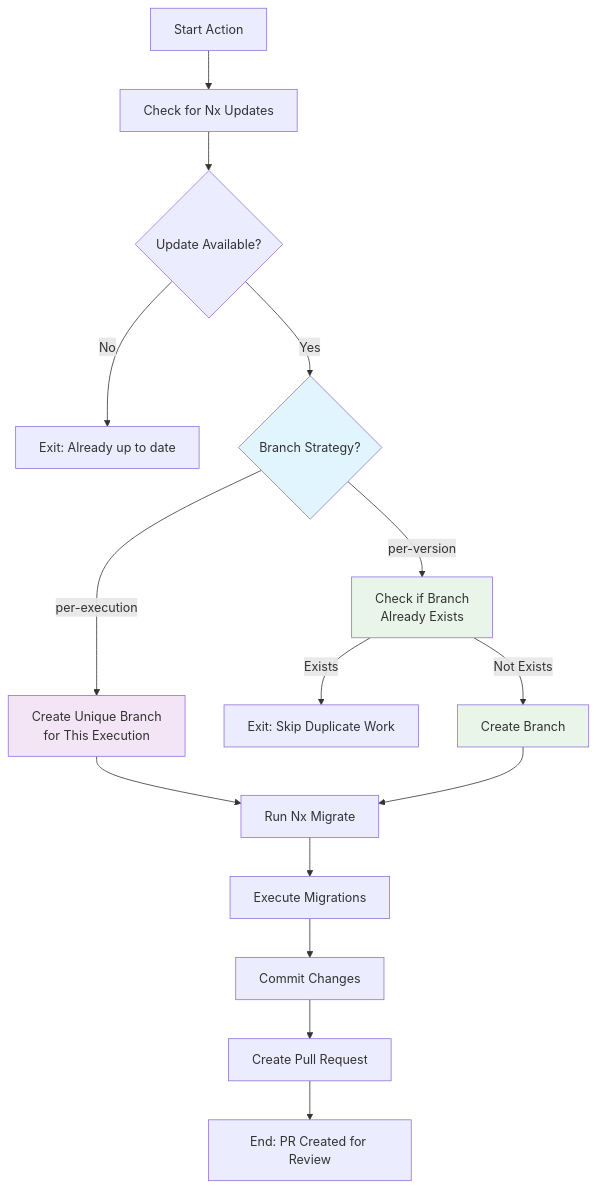
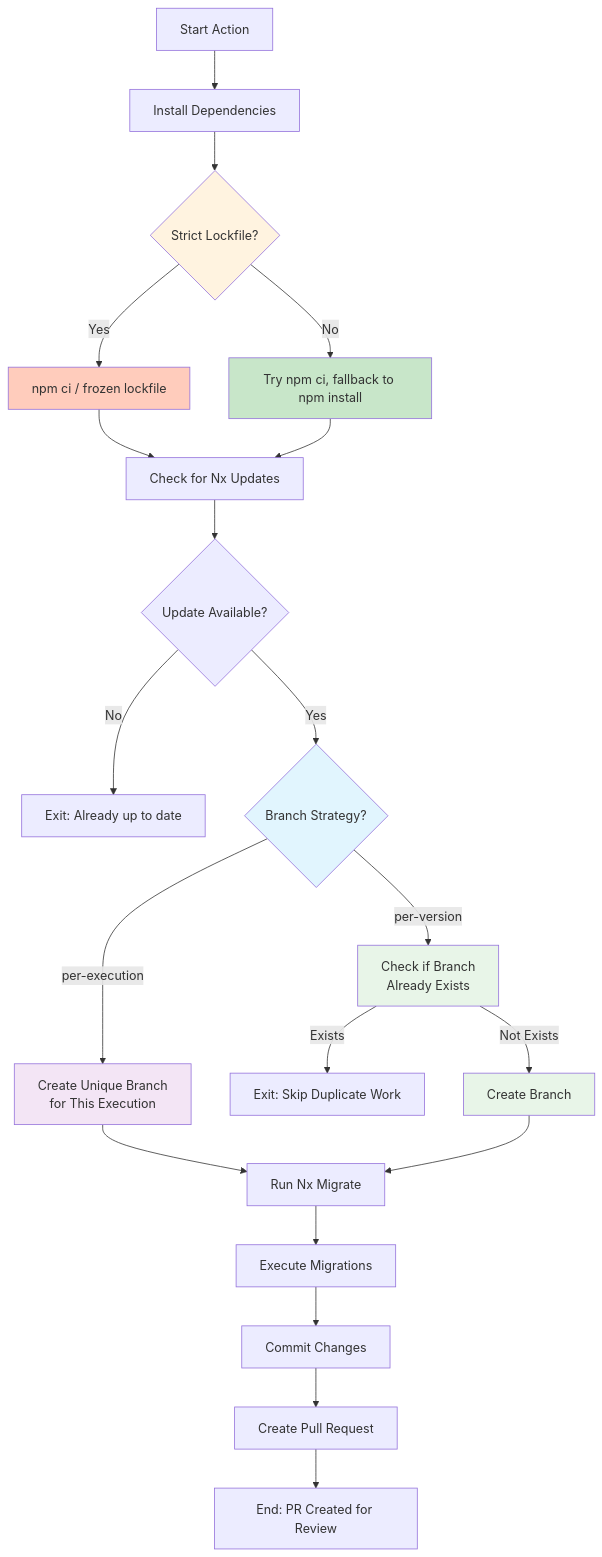
One commit to gridatek/nx-migrate-action changed the diagram in README.md. Above: the diagram before and after it, drawn with Mermaid. The commit also changed other lines of this file and 2 other files, not shown here.

Commit message:
strict-lockfile

````diff
--- a/README.md
+++ b/README.md
@@ -331,25 +380,33 @@
 ```mermaid
 flowchart TD
-    A[Start Action] --> B[Check for Nx Updates]
+    A[Start Action] --> A1[Install Dependencies]
+    A1 --> A2{Strict Lockfile?}
+    A2 -->|Yes| A3[npm ci / frozen lockfile]
+    A2 -->|No| A4[Try npm ci, fallback to npm install]
+    A3 --> B[Check for Nx Updates]
+    A4 --> B
     B --> C{Update Available?}
     C -->|No| D[Exit: Already up to date]
     C -->|Yes| E{Branch Strategy?}
 
     E -->|per-execution| F[Create Unique Branch<br/>for This Execution]
     E -->|per-version| G[Check if Branch<br/>Already Exists]
 
     G -->|Exists| H[Exit: Skip Duplicate Work]
     G -->|Not Exists| I[Create Branch]
 
     F --> J[Run Nx Migrate]
     I --> J
     J --> K[Execute Migrations]
     K --> L[Commit Changes]
     L --> P[Create Pull Request]
     P --> S[End: PR Created for Review]
 
+    style A2 fill:#fff3e0
+    style A3 fill:#ffccbc
+    style A4 fill:#c8e6c9
     style E fill:#e1f5fe
     style F fill:#f3e5f5
     style G fill:#e8f5e8
     style I fill:#e8f5e8
 ```
````
